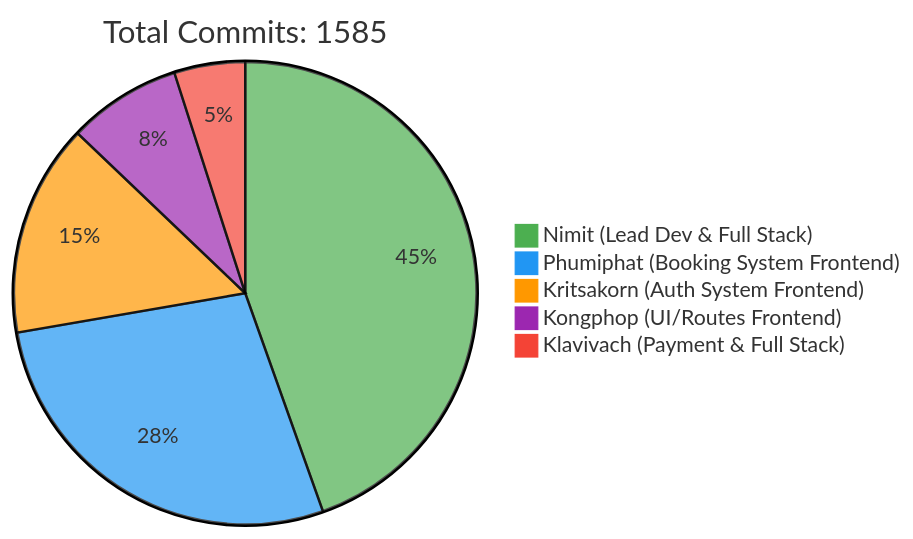
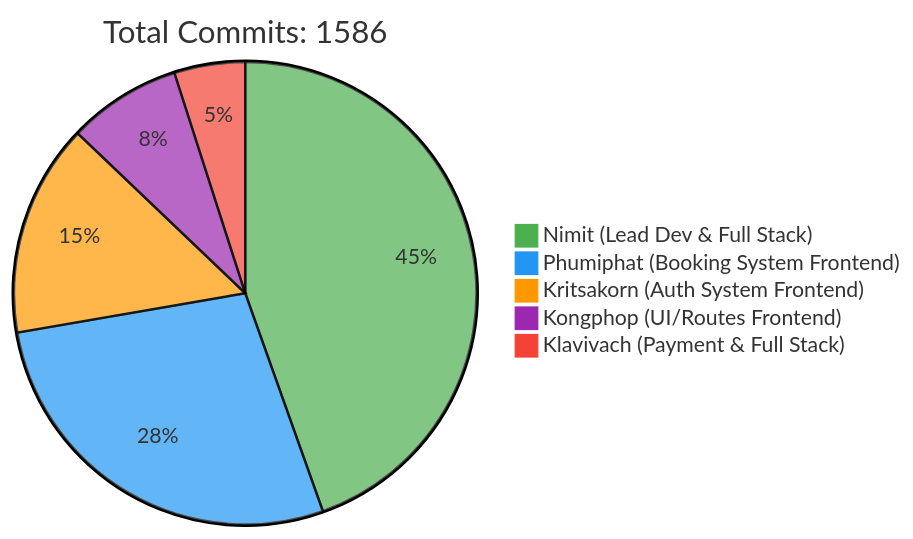
Before and after one commit to 6531503042/Sport-Complex: the first of 2 diagrams in README.md, drawn with Mermaid. The commit also changed other lines of this file, not shown here.

Commit message:
docs: Update contributor statistics [skip ci]

````diff
--- a/README.md
+++ b/README.md
@@ -257,10 +257,10 @@
 ```mermaid
 %%{init: {'theme': 'base', 'themeVariables': { 'pie1': '#4CAF50', 'pie2': '#2196F3', 'pie3': '#FF9800', 'pie4': '#9C27B0', 'pie5': '#F44336'}}}%%
 pie
-    title Total Commits: 1585
+    title Total Commits: 1586
     "Nimit (Lead Dev & Full Stack)" : 450
     "Phumiphat (Booking System Frontend)" : 280
     "Kritsakorn (Auth System Frontend)" : 150
     "Kongphop (UI/Routes Frontend)" : 80
     "Klavivach (Payment & Full Stack)" : 50
 ```
````
